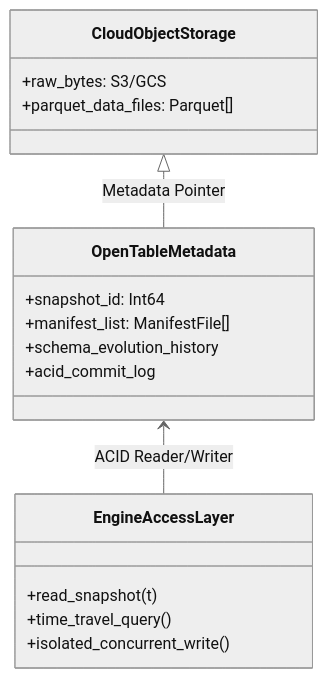
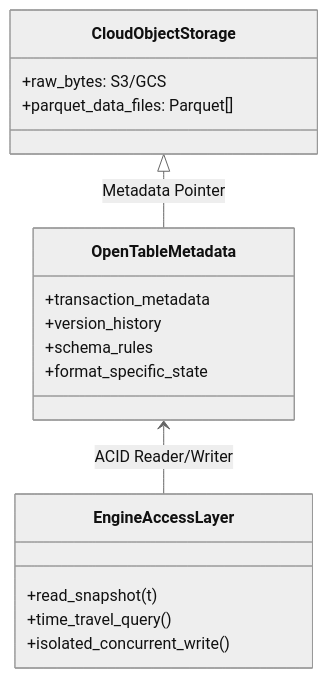
Before and after one commit to akillness/akillness.github.io: the third of 4 diagrams in _posts/2024/04/2024-04-14-data-pipeline.md, drawn with Mermaid (neutral theme). The commit also changed other lines of this file, not shown here.

````diff
--- a/_posts/2024/04/2024-04-14-data-pipeline.md
+++ b/_posts/2024/04/2024-04-14-data-pipeline.md
@@ -96,20 +100,20 @@
 ```mermaid
 classDiagram
     class CloudObjectStorage {
         +raw_bytes: S3/GCS
         +parquet_data_files: Parquet[]
     }
     class OpenTableMetadata {
-        +snapshot_id: Int64
-        +manifest_list: ManifestFile[]
-        +schema_evolution_history
-        +acid_commit_log
+        +transaction_metadata
+        +version_history
+        +schema_rules
+        +format_specific_state
     }
     class EngineAccessLayer {
         +read_snapshot(t)
         +time_travel_query()
         +isolated_concurrent_write()
     }
     CloudObjectStorage <|-- OpenTableMetadata : Metadata Pointer
     OpenTableMetadata <-- EngineAccessLayer : ACID Reader/Writer
 ```
````
